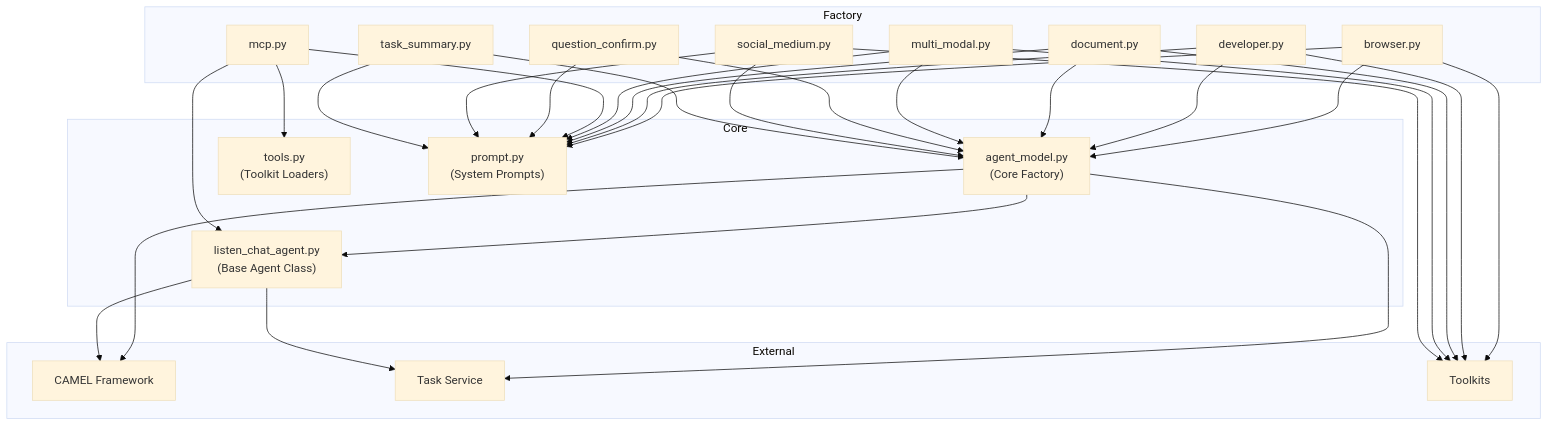
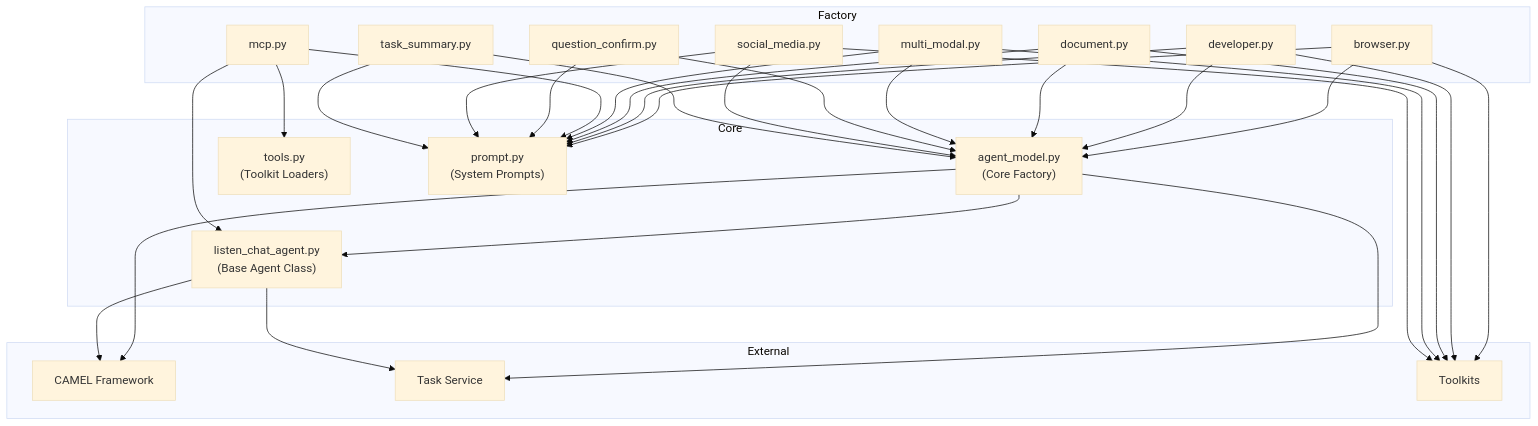
One commit to HsMirage/GodCode changed the diagram in 参考项目/eigent/backend/app/agent/README.md. Above: the diagram before and after it, drawn with Mermaid (base theme). The commit also changed other lines of this file and 1644 other files, not shown here.

````diff
--- a/参考项目/eigent/backend/app/agent/README.md
+++ b/参考项目/eigent/backend/app/agent/README.md
@@ -7,63 +7,63 @@
 ```mermaid
 graph TB
     subgraph "Core"
         AM["agent_model.py<br/>(Core Factory)"]
         LCA["listen_chat_agent.py<br/>(Base Agent Class)"]
         TOOLS["tools.py<br/>(Toolkit Loaders)"]
         PROMPT["prompt.py<br/>(System Prompts)"]
     end
 
     subgraph "Factory"
         BROWSER["browser.py"]
         DEV["developer.py"]
         DOC["document.py"]
         MODAL["multi_modal.py"]
         MCP["mcp.py"]
         QC["question_confirm.py"]
-        SOCIAL["social_medium.py"]
+        SOCIAL["social_media.py"]
         SUMMARY["task_summary.py"]
     end
 
     subgraph "External"
         CAMEL["CAMEL Framework"]
         TASK["Task Service"]
         TOOLKITS["Toolkits"]
     end
 
     AM --> LCA
     AM --> CAMEL
     AM --> TASK
 
     LCA --> CAMEL
     LCA --> TASK
 
     BROWSER --> AM
     BROWSER --> PROMPT
     BROWSER --> TOOLKITS
 
     DEV --> AM
     DEV --> PROMPT
     DEV --> TOOLKITS
 
     DOC --> AM
     DOC --> PROMPT
     DOC --> TOOLKITS
 
     MODAL --> AM
     MODAL --> PROMPT
     MODAL --> TOOLKITS
 
     MCP --> LCA
     MCP --> TOOLS
     MCP --> PROMPT
 
     QC --> AM
     QC --> PROMPT
 
     SOCIAL --> AM
     SOCIAL --> PROMPT
     SOCIAL --> TOOLKITS
 
     SUMMARY --> AM
     SUMMARY --> PROMPT
 ```
````
